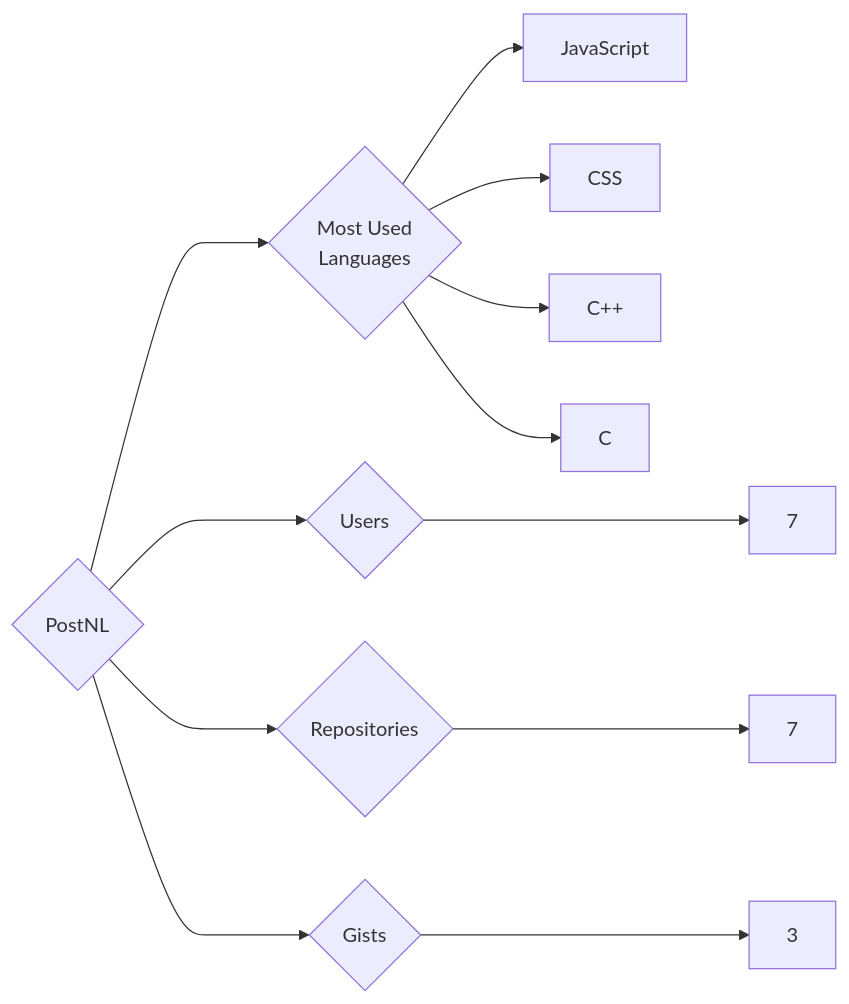
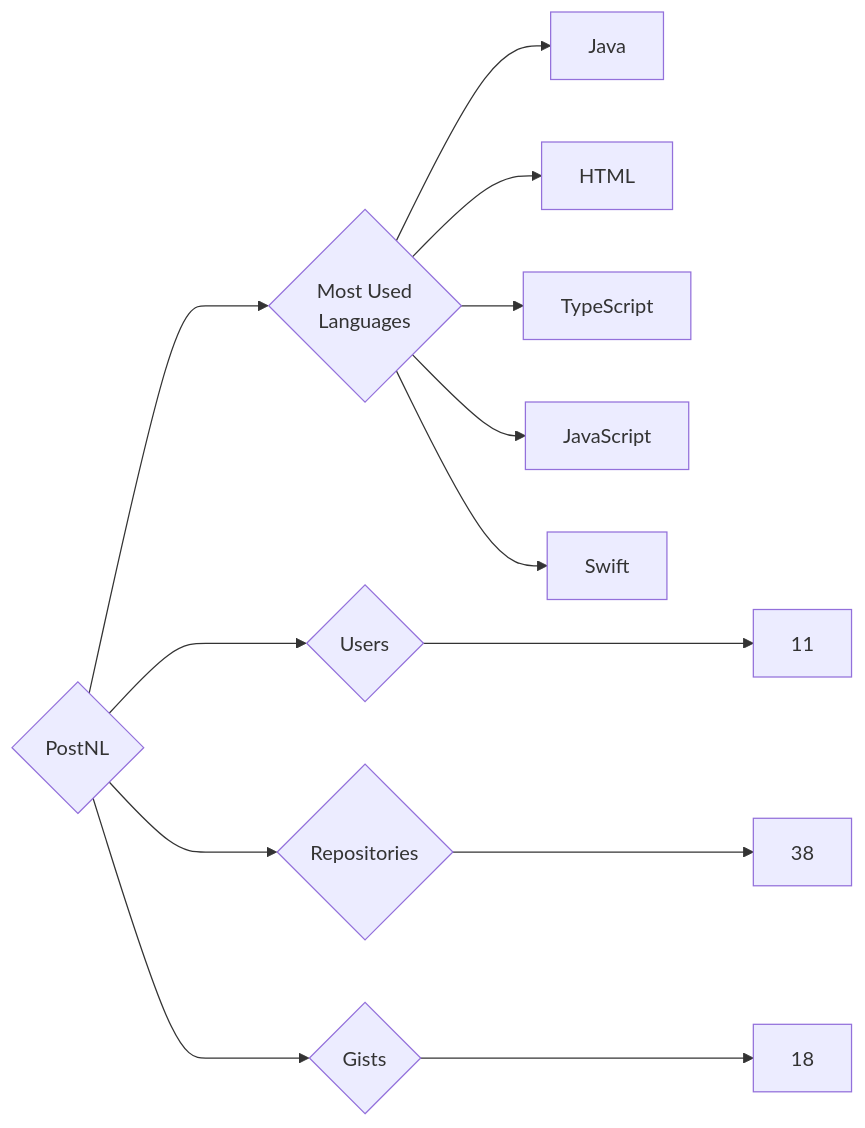
The diagram in targets/PostNL/README.md (trickest/insiders), drawn with Mermaid before and after one commit. The commit also changed 964 other files, not shown here.

````diff
--- a/targets/PostNL/README.md
+++ b/targets/PostNL/README.md
@@ -3,12 +3,13 @@
 ```mermaid
 graph LR
 COMPANY_NAME{PostNL}
-COMPANY_NAME ---> U{Users} ---> UN[7]
-COMPANY_NAME ---> R{Repositories} ---> RN[7]
-COMPANY_NAME ---> G{Gists} ---> GN[3]
+COMPANY_NAME ---> U{Users} ---> UN[11]
+COMPANY_NAME ---> R{Repositories} ---> RN[38]
+COMPANY_NAME ---> G{Gists} ---> GN[18]
 COMPANY_NAME ---> ML{Most Used<br>Languages}
+ML --> Java[Java]
+ML --> HTML[HTML]
+ML --> TypeScript[TypeScript]
 ML --> JavaScript[JavaScript]
-ML --> CSS[CSS]
-ML --> C++[C++]
-ML --> C[C]
+ML --> Swift[Swift]
 ```
````
